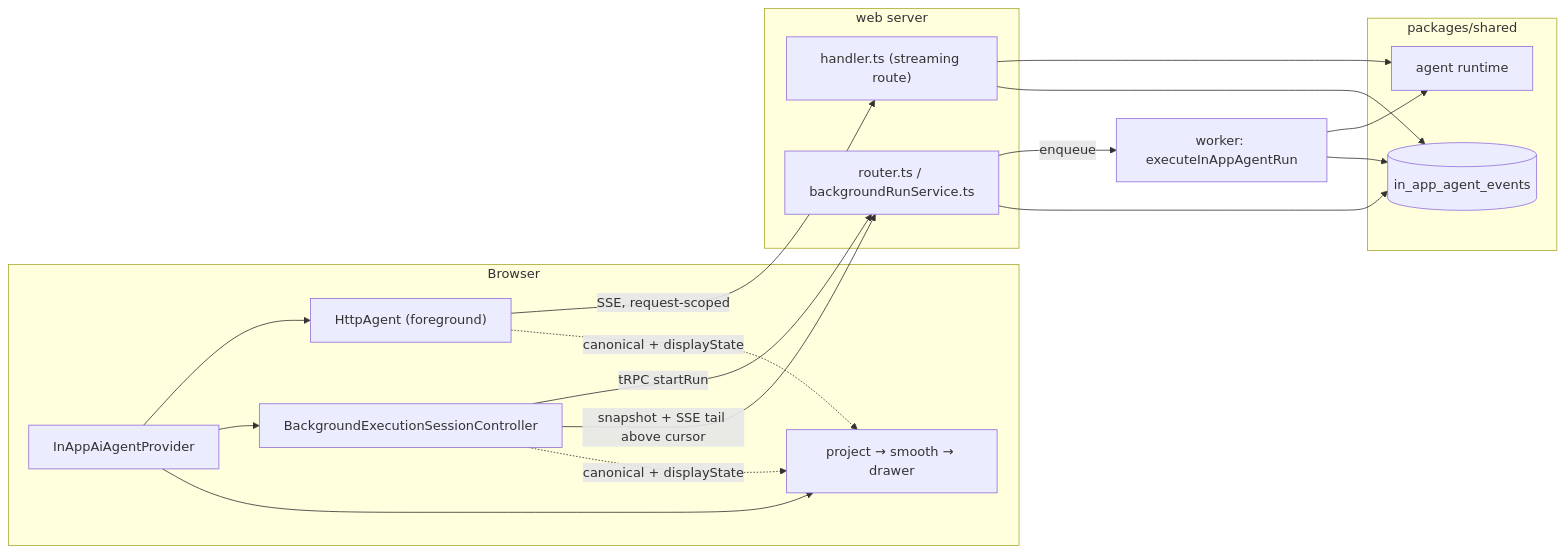
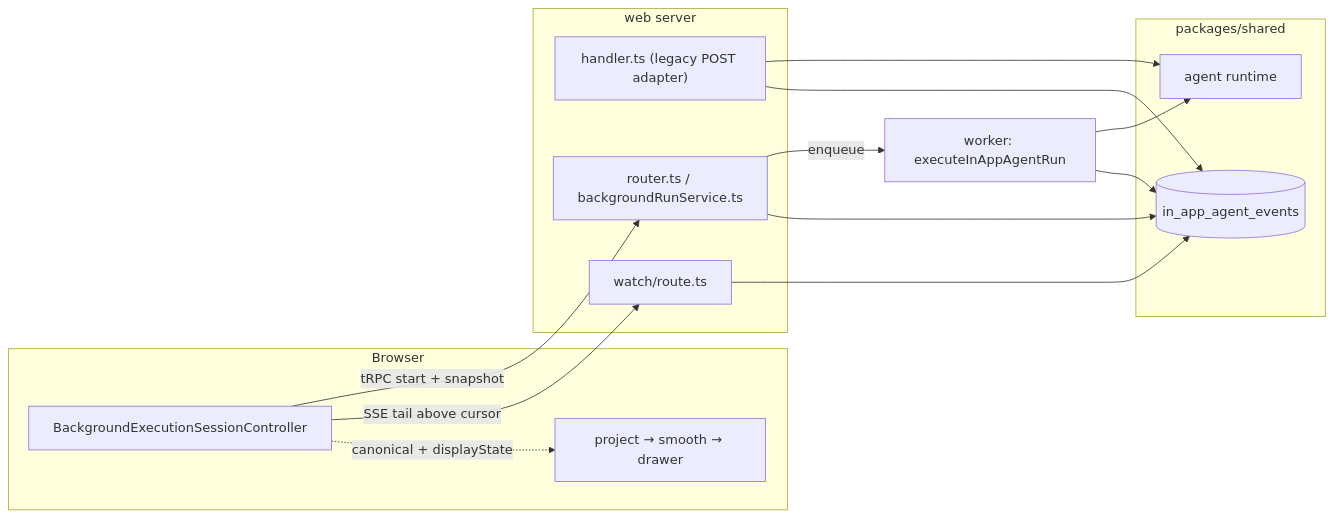
The first of 2 diagrams in web/src/features/in-app-agent/ARCHITECTURE.md (langfuse/langfuse), drawn with Mermaid before and after one commit. The commit also changed other lines of this file and 1 other file, not shown here.

Commit message:
docs(in-app-agent): describe background-only browser rollout

````diff
--- a/web/src/features/in-app-agent/ARCHITECTURE.md
+++ b/web/src/features/in-app-agent/ARCHITECTURE.md
@@ -74,35 +75,30 @@
 ```mermaid
 flowchart LR
   subgraph Browser
-    P["InAppAiAgentProvider"]
-    F["HttpAgent (foreground)"]
     S["BackgroundExecutionSessionController"]
     R["project → smooth → drawer"]
   end
   subgraph WebServer["web server"]
-    H["handler.ts (streaming route)"]
+    H["handler.ts (legacy POST adapter)"]
     RT["router.ts / backgroundRunService.ts"]
+    WR["watch/route.ts"]
   end
   subgraph Shared["packages/shared"]
     L[("in_app_agent_events")]
     A["agent runtime"]
   end
   W["worker: executeInAppAgentRun"]
 
-  P --> F
-  F -->|"SSE, request-scoped"| H
   H --> A
   H --> L
 
-  P --> S
-  S -->|"tRPC startRun"| RT
+  S -->|"tRPC start + snapshot"| RT
   RT -->|"enqueue"| W
   W --> A
   W --> L
-  S -->|"snapshot + SSE tail above cursor"| RT
+  S -->|"SSE tail above cursor"| WR
   RT --> L
+  WR --> L
 
-  P --> R
   S -.->|"canonical + displayState"| R
-  F -.->|"canonical + displayState"| R
 ```
````
